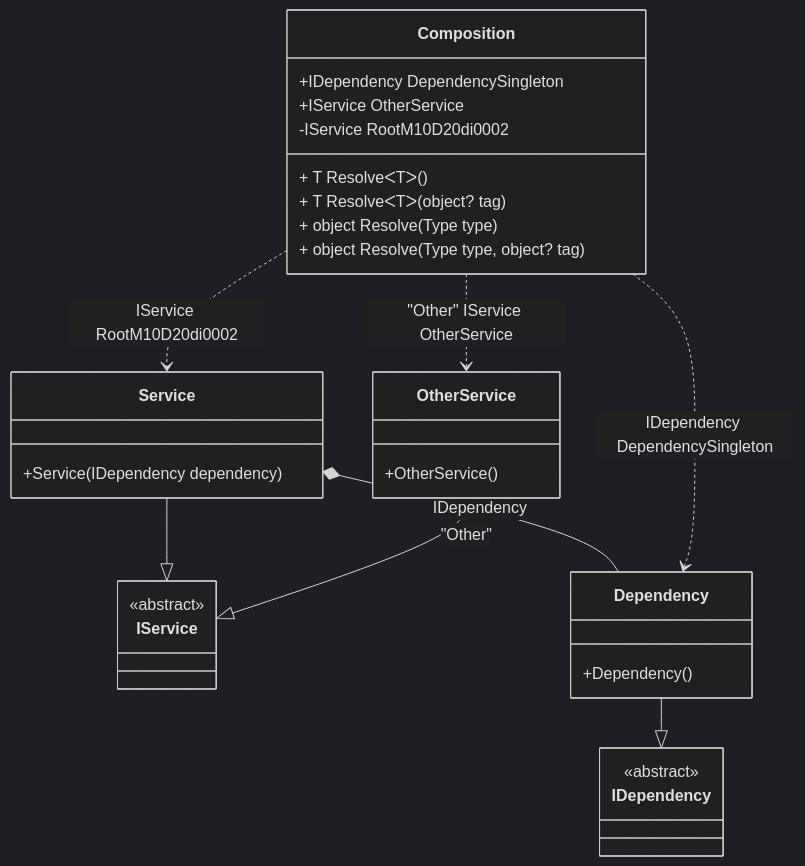
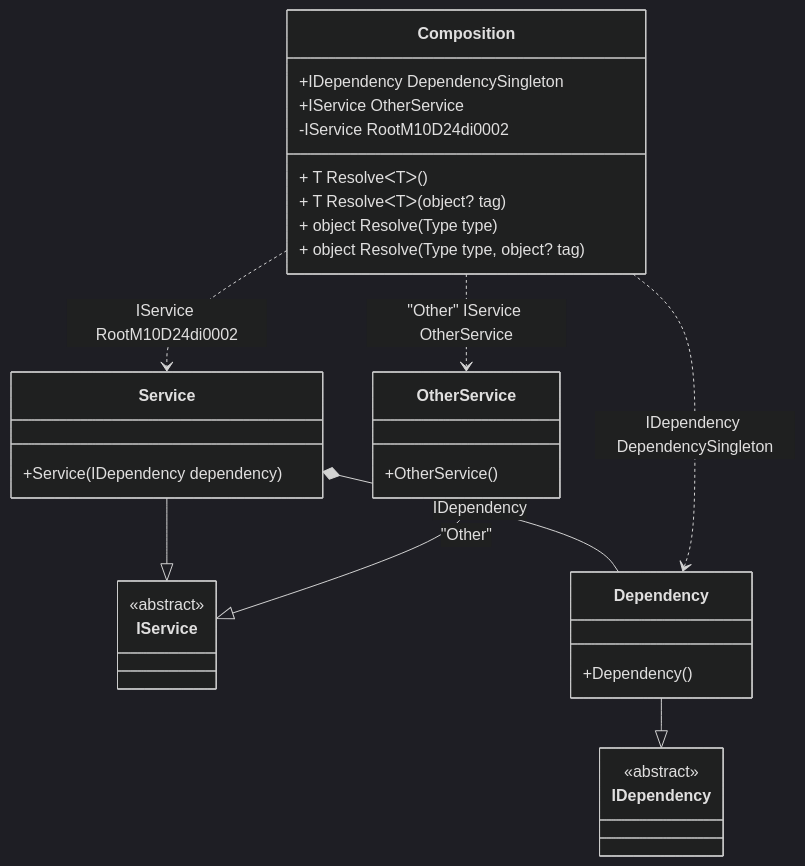
Before and after one commit to DevTeam/Pure.DI: the diagram in readme/resolve-methods.md, drawn with Mermaid (dark theme). The commit also changed other lines of this file and 69 other files, not shown here.

````diff
--- a/readme/resolve-methods.md
+++ b/readme/resolve-methods.md
@@ -47,34 +47,34 @@
 ```mermaid
 classDiagram
   class Composition {
     +IDependency DependencySingleton
     +IService OtherService
-    -IService RootM10D20di0002
+    -IService RootM10D24di0002
     + T ResolveᐸTᐳ()
     + T ResolveᐸTᐳ(object? tag)
     + object Resolve(Type type)
     + object Resolve(Type type, object? tag)
   }
   Service --|> IService : 
   class Service {
     +Service(IDependency dependency)
   }
   Dependency --|> IDependency : 
   class Dependency {
     +Dependency()
   }
   OtherService --|> IService : "Other" 
   class OtherService {
     +OtherService()
   }
   class IService {
     <<abstract>>
   }
   class IDependency {
     <<abstract>>
   }
   Service *--  Dependency : IDependency
   Composition ..> Dependency : IDependency DependencySingleton
-  Composition ..> Service : IService RootM10D20di0002
+  Composition ..> Service : IService RootM10D24di0002
   Composition ..> OtherService : "Other" IService OtherService
 ```
````
